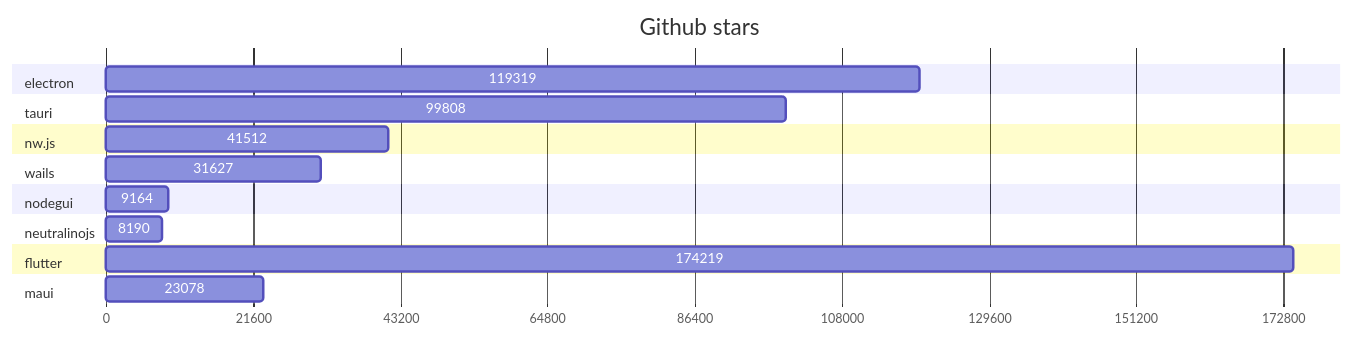
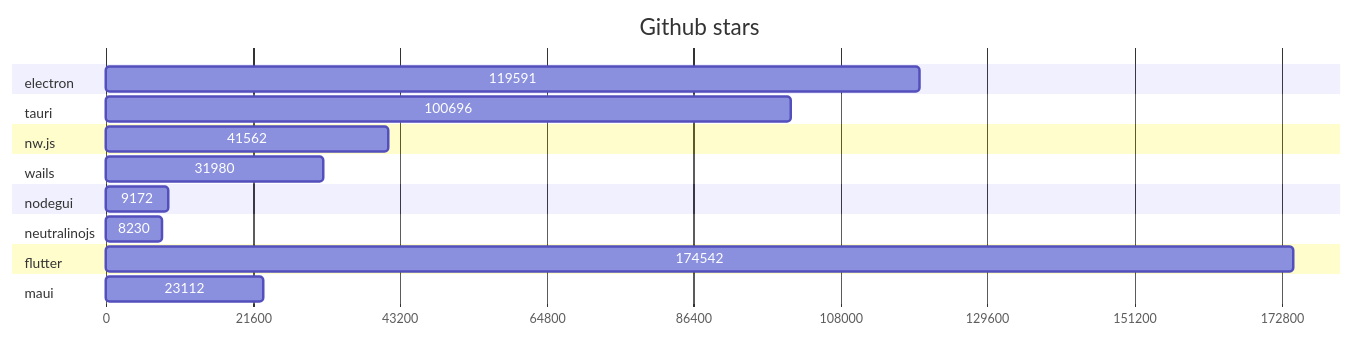
One commit to Elanis/web-to-desktop-framework-comparison changed the first of 2 diagrams in GRAPHS.md. Above: the diagram before and after it, drawn with Mermaid. The commit also changed other lines of this file and 2 other files, not shown here.

Commit message:
Update stars & Fork

````diff
--- a/GRAPHS.md
+++ b/GRAPHS.md
@@ -5,40 +5,40 @@
 ```mermaid
 gantt
     title Github stars
     dateFormat  X
     axisFormat %s
 
 
 	section electron
-	119319 : 0, 119319
+	119591 : 0, 119591
 
 	
 	section tauri
-	99808 : 0, 99808
+	100696 : 0, 100696
 
 	
 	section nw.js
-	41512 : 0, 41512
+	41562 : 0, 41562
 
 	
 	section wails
-	31627 : 0, 31627
+	31980 : 0, 31980
 
 	
 	section nodegui
-	9164 : 0, 9164
+	9172 : 0, 9172
 
 	
 	section neutralinojs
-	8190 : 0, 8190
+	8230 : 0, 8230
 
 	
 	section flutter
-	174219 : 0, 174219
+	174542 : 0, 174542
 
 	
 	section maui
-	23078 : 0, 23078
+	23112 : 0, 23112
 
 	
 ```
````
